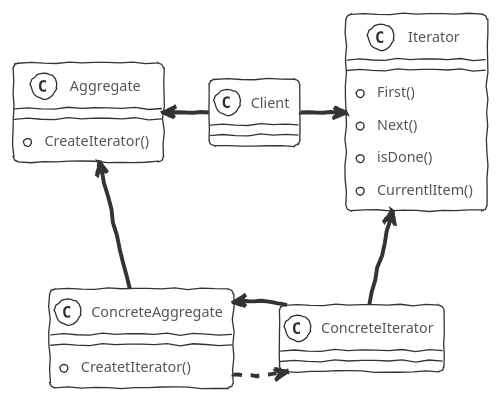
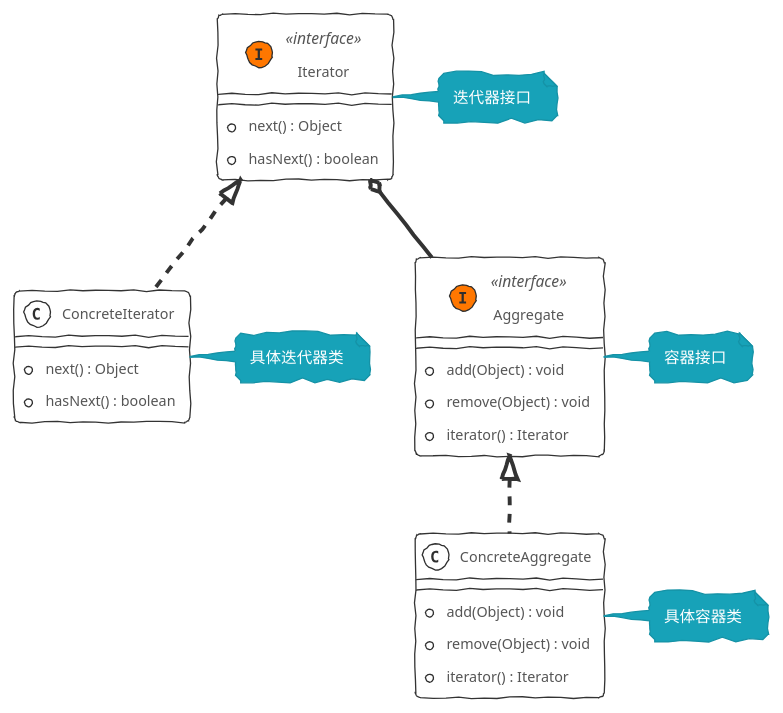
The diagram in source/_posts/DesignPatterns/iterator.md (xiahubs/xiahubs.github.io), drawn with PlantUML before and after one commit. The commit also changed 18 other files, not shown here.

```diff
--- a/source/_posts/DesignPatterns/iterator.md
+++ b/source/_posts/DesignPatterns/iterator.md
@@ -8,33 +8,38 @@
 {% plantuml %}
 !theme sketchy-outline
 
-class Client {
-  
+class Iterator<< (I,#FF7700) interface>>
+{
+  + next() : Object
+  + hasNext() : boolean
 }
+note right: 迭代器接口
 
-class Aggregate {
-  + CreateIterator()
+class ConcreteIterator
+{
+  + next() : Object
+  + hasNext() : boolean
 }
-class Iterator {
-  + First()
-  + Next()
-  + isDone()
-  + CurrentlItem()
+note right: 具体迭代器类
+
+class Aggregate<< (I,#FF7700) interface>>
+{
+  + add(Object) : void
+  + remove(Object) : void
+  + iterator() : Iterator
 }
+note right: 容器接口
 
-class ConcreteAggregate {
-  + CreatetIterator()
+class ConcreteAggregate
+{
+  + add(Object) : void
+  + remove(Object) : void
+  + iterator() : Iterator
 }
+note right: 具体容器类
 
-class ConcreteIterator {
+Iterator <|.. ConcreteIterator
+Iterator o-- Aggregate
+Aggregate <|.. ConcreteAggregate
 
-}
-
-Client -left-> Aggregate
-Client -right-> Iterator
-ConcreteAggregate -up-> Aggregate
-ConcreteIterator -up-> Iterator
-
-ConcreteAggregate .right.> ConcreteIterator
-ConcreteAggregate <-right- ConcreteIterator
 {% endplantuml %}
```
